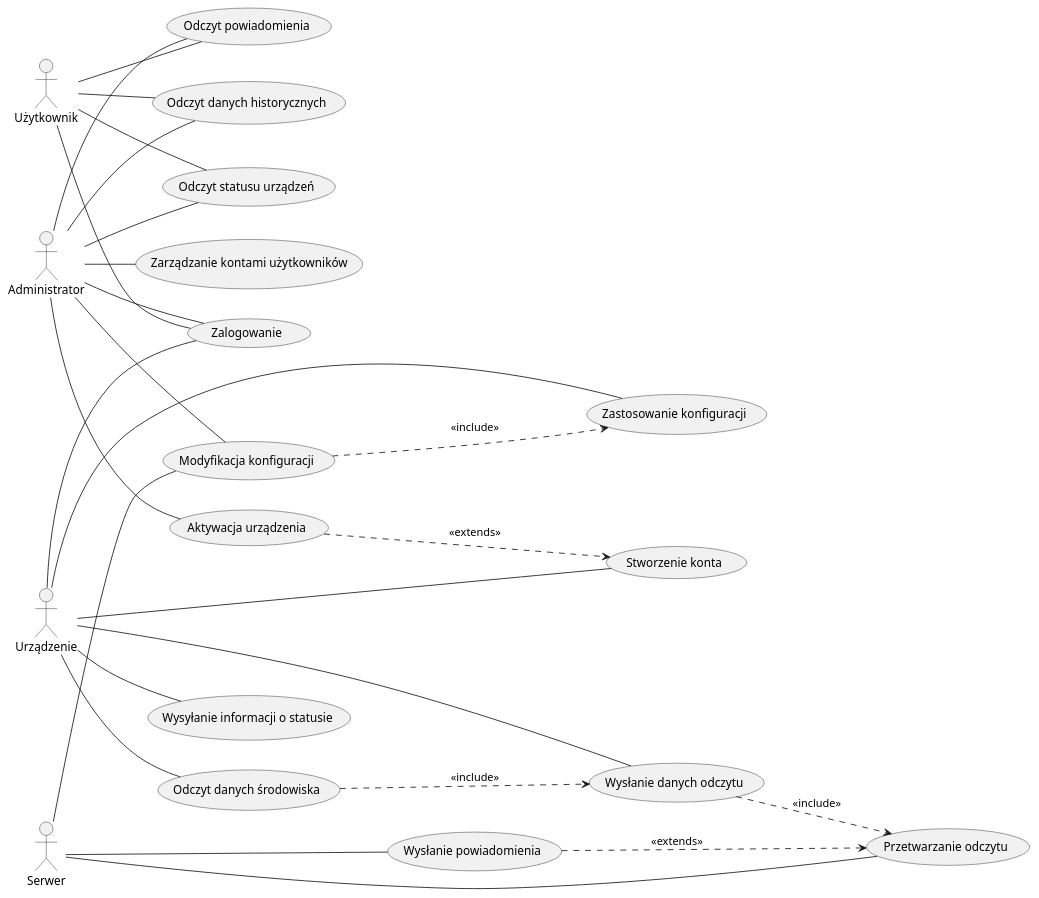
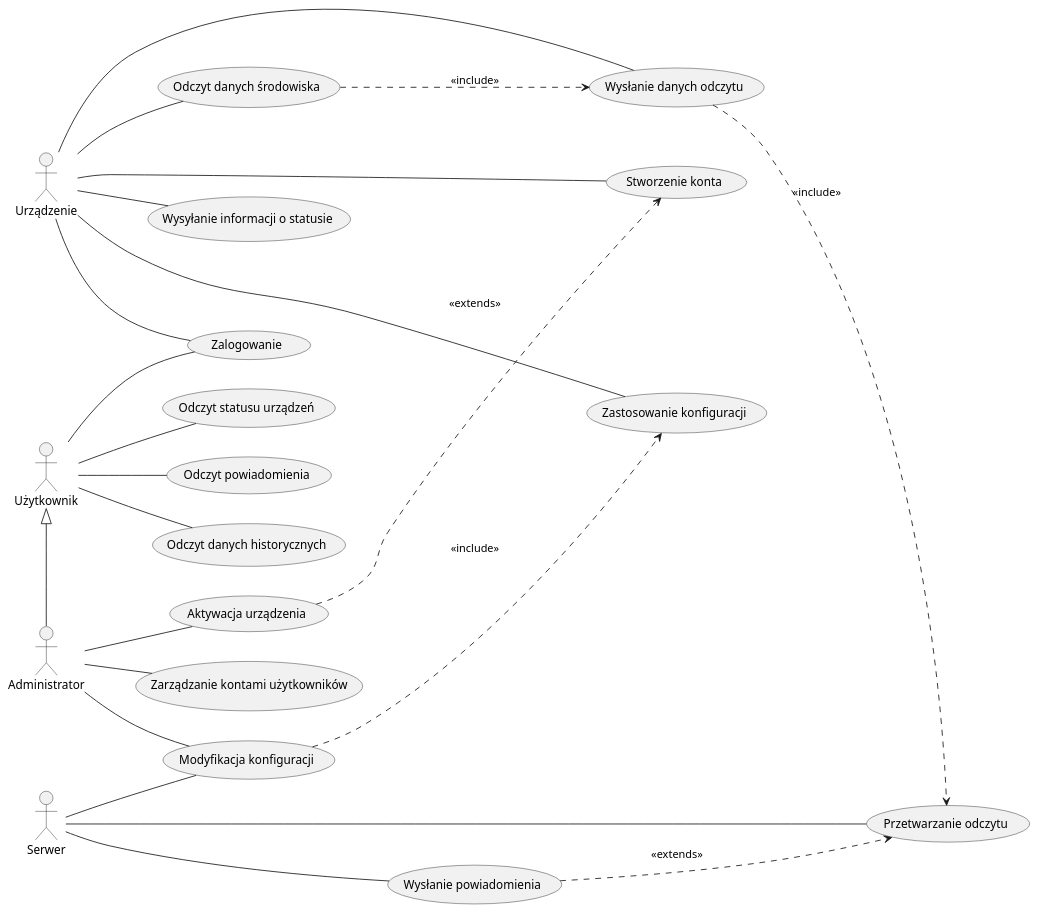
Before and after one commit to kacperoo29/Atmosphere: the diagram in Tex/uml/diagram_uzycia.puml, drawn with PlantUML. The commit also changed 21 other files, not shown here.

```diff
--- a/Tex/uml/diagram_uzycia.puml
+++ b/Tex/uml/diagram_uzycia.puml
@@ -1,38 +1,35 @@
 @startuml use_case_diagram
 left to right direction
 
 actor Administrator
 actor Urządzenie
 actor Użytkownik
 actor Serwer
 
 Użytkownik -- (Zalogowanie)
 Użytkownik -- (Odczyt danych historycznych)
 Użytkownik -- (Odczyt statusu urządzeń)
 Użytkownik -- (Odczyt powiadomienia)
 
 Urządzenie -- (Stworzenie konta)
 Urządzenie -- (Zalogowanie)
 Urządzenie -- (Odczyt danych środowiska)
 Urządzenie -- (Wysłanie danych odczytu)
 (Odczyt danych środowiska) ..> (Wysłanie danych odczytu) : <<include>>
 Urządzenie -- (Zastosowanie konfiguracji)
 Urządzenie -- (Wysyłanie informacji o statusie)
 
-Administrator -- (Zalogowanie)
+Użytkownik <|- Administrator
 Administrator -- (Aktywacja urządzenia)
 (Aktywacja urządzenia) ..> (Stworzenie konta) : <<extends>>
-Administrator -- (Odczyt danych historycznych)
 Administrator -- (Modyfikacja konfiguracji)
 Administrator -- (Zarządzanie kontami użytkowników)
 (Modyfikacja konfiguracji) ..> (Zastosowanie konfiguracji) : <<include>>
-Administrator -- (Odczyt statusu urządzeń)
-Administrator -- (Odczyt powiadomienia)
 
 Serwer -- (Przetwarzanie odczytu)
 Serwer -- (Wysłanie powiadomienia)
 Serwer -- (Modyfikacja konfiguracji)
 (Wysłanie powiadomienia) ..> (Przetwarzanie odczytu) : <<extends>>
 (Wysłanie danych odczytu) ..> (Przetwarzanie odczytu) : <<include>>
 
 @enduml
```
